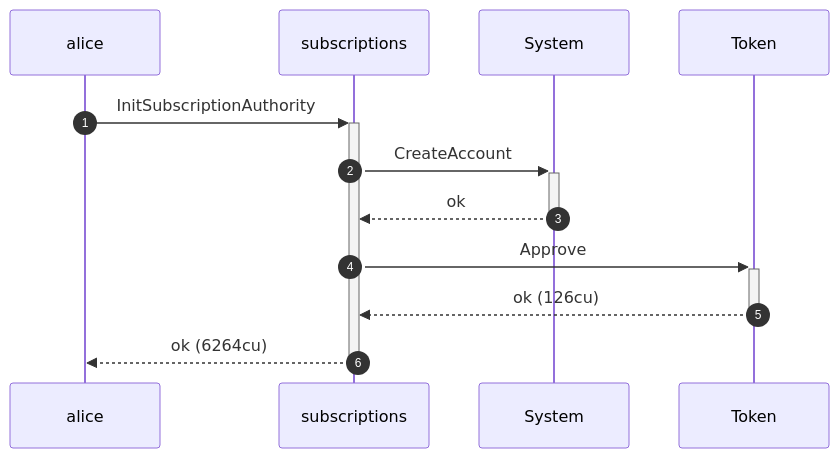
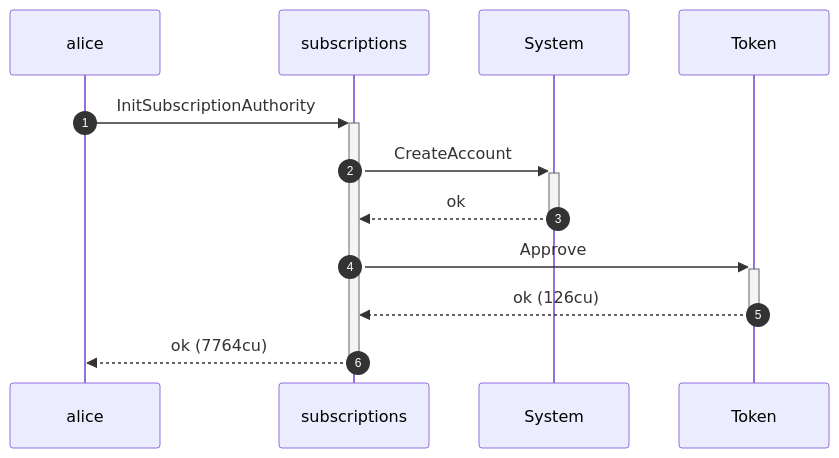
Before and after one commit to cds-rs/subscriptions: the second of 8 diagrams in dsl_tests/idempotent-init-preserves-the-original-payer.md, drawn with Mermaid. The commit also changed other lines of this file and 224 other files, not shown here.

````diff
--- a/dsl_tests/idempotent-init-preserves-the-original-payer.md
+++ b/dsl_tests/idempotent-init-preserves-the-original-payer.md
@@ -39,14 +40,14 @@
 ```mermaid
 sequenceDiagram
     autonumber
     participant alice
     participant subscriptions
     participant System
     participant Token
     alice ->>+ subscriptions: InitSubscriptionAuthority
     subscriptions ->>+ System: CreateAccount
     System -->>- subscriptions: ok
     subscriptions ->>+ Token: Approve
     Token -->>- subscriptions: ok (126cu)
-    subscriptions -->>- alice: ok (6264cu)
+    subscriptions -->>- alice: ok (7764cu)
 ```
````
